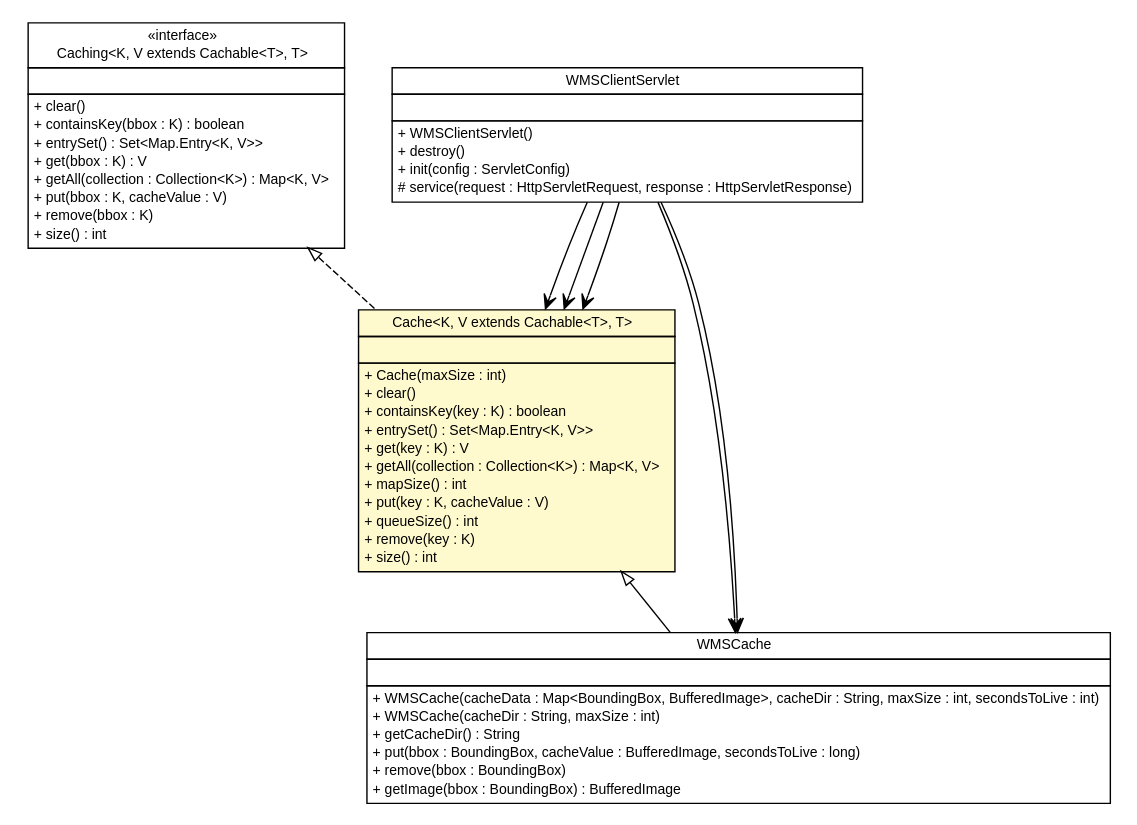
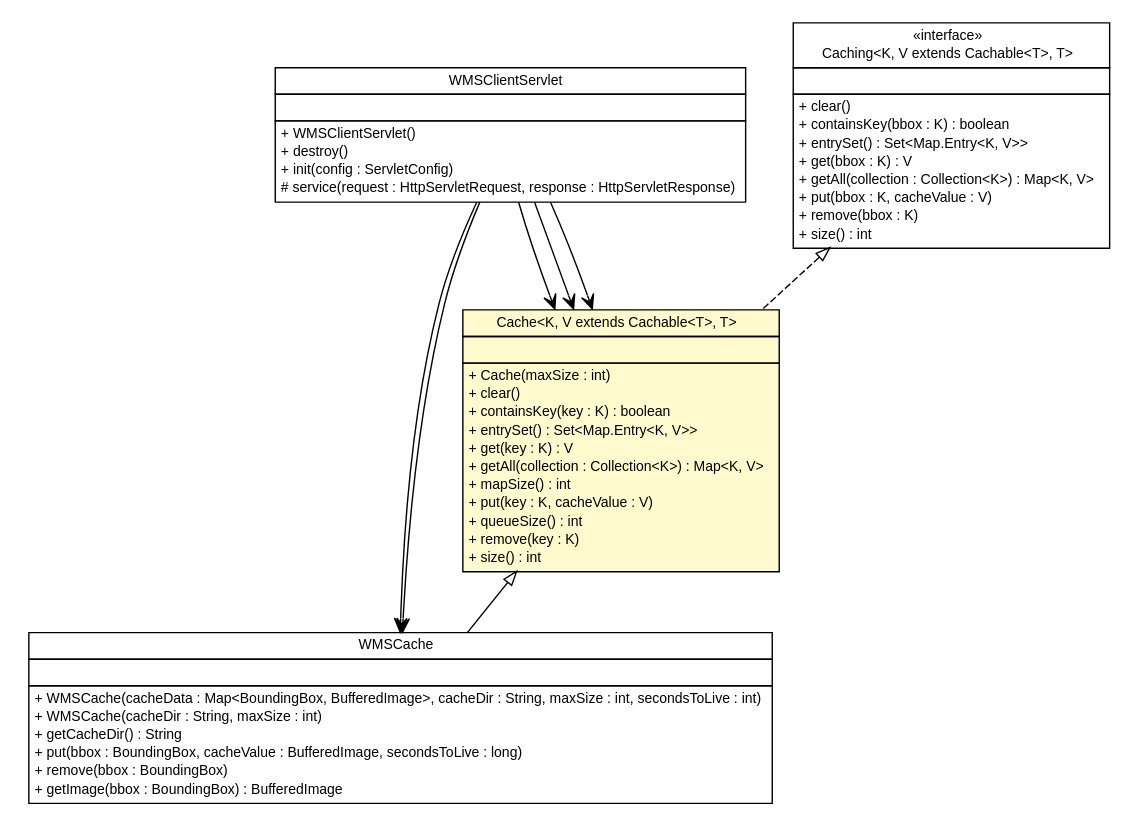
Before and after one commit to MinELenI/CBSviewer: the diagram in apidocs/nl/mineleni/cbsviewer/servlet/wms/cache/Cache.dot, drawn with Graphviz. The commit also changed 591 other files, not shown here.

```diff
--- a/apidocs/nl/mineleni/cbsviewer/servlet/wms/cache/Cache.dot
+++ b/apidocs/nl/mineleni/cbsviewer/servlet/wms/cache/Cache.dot
@@ -1,100 +1,100 @@
 #!/usr/local/bin/dot
 #
 # Class diagram 
 # Generated by UMLGraph version R5_6 (http://www.umlgraph.org/)
 #
 
 digraph G {
 	edge [fontname="arial",fontsize=10,labelfontname="arial",labelfontsize=10];
 	node [fontname="arial",fontsize=10,shape=plaintext];
 	nodesep=0.25;
 	ranksep=0.5;
+	// nl.mineleni.cbsviewer.servlet.wms.WMSClientServlet
+	c2752 [label=<<table title="nl.mineleni.cbsviewer.servlet.wms.WMSClientServlet" border="0" cellborder="1" cellspacing="0" cellpadding="2" port="p" href="../WMSClientServlet.html">
+		<tr><td><table border="0" cellspacing="0" cellpadding="1">
+<tr><td align="center" balign="center"> WMSClientServlet </td></tr>
+		</table></td></tr>
+		<tr><td><table border="0" cellspacing="0" cellpadding="1">
+<tr><td align="left" balign="left">  </td></tr>
+		</table></td></tr>
+		<tr><td><table border="0" cellspacing="0" cellpadding="1">
+<tr><td align="left" balign="left"> + WMSClientServlet() </td></tr>
+<tr><td align="left" balign="left"> + destroy() </td></tr>
+<tr><td align="left" balign="left"> + init(config : ServletConfig) </td></tr>
+<tr><td align="left" balign="left"> # service(request : HttpServletRequest, response : HttpServletResponse) </td></tr>
+		</table></td></tr>
+		</table>>, URL="../WMSClientServlet.html", fontname="arial", fontcolor="black", fontsize=10.0];
 	// nl.mineleni.cbsviewer.servlet.wms.cache.WMSCache
-	c2339 [label=<<table title="nl.mineleni.cbsviewer.servlet.wms.cache.WMSCache" border="0" cellborder="1" cellspacing="0" cellpadding="2" port="p" href="./WMSCache.html">
+	c2755 [label=<<table title="nl.mineleni.cbsviewer.servlet.wms.cache.WMSCache" border="0" cellborder="1" cellspacing="0" cellpadding="2" port="p" href="./WMSCache.html">
 		<tr><td><table border="0" cellspacing="0" cellpadding="1">
 <tr><td align="center" balign="center"> WMSCache </td></tr>
 		</table></td></tr>
 		<tr><td><table border="0" cellspacing="0" cellpadding="1">
 <tr><td align="left" balign="left">  </td></tr>
 		</table></td></tr>
 		<tr><td><table border="0" cellspacing="0" cellpadding="1">
 <tr><td align="left" balign="left"> + WMSCache(cacheData : Map&lt;BoundingBox, BufferedImage&gt;, cacheDir : String, maxSize : int, secondsToLive : int) </td></tr>
 <tr><td align="left" balign="left"> + WMSCache(cacheDir : String, maxSize : int) </td></tr>
 <tr><td align="left" balign="left"> + getCacheDir() : String </td></tr>
 <tr><td align="left" balign="left"> + put(bbox : BoundingBox, cacheValue : BufferedImage, secondsToLive : long) </td></tr>
 <tr><td align="left" balign="left"> + remove(bbox : BoundingBox) </td></tr>
 <tr><td align="left" balign="left"> + getImage(bbox : BoundingBox) : BufferedImage </td></tr>
 		</table></td></tr>
 		</table>>, URL="./WMSCache.html", fontname="arial", fontcolor="black", fontsize=10.0];
 	// nl.mineleni.cbsviewer.servlet.wms.cache.Caching<K, V extends nl.mineleni.cbsviewer.servlet.wms.cache.Cachable<T>, T>
-	c2340 [label=<<table title="nl.mineleni.cbsviewer.servlet.wms.cache.Caching" border="0" cellborder="1" cellspacing="0" cellpadding="2" port="p" href="./Caching.html">
+	c2756 [label=<<table title="nl.mineleni.cbsviewer.servlet.wms.cache.Caching" border="0" cellborder="1" cellspacing="0" cellpadding="2" port="p" href="./Caching.html">
 		<tr><td><table border="0" cellspacing="0" cellpadding="1">
 <tr><td align="center" balign="center"> &#171;interface&#187; </td></tr>
 <tr><td align="center" balign="center"> Caching&lt;K, V extends Cachable&lt;T&gt;, T&gt; </td></tr>
 		</table></td></tr>
 		<tr><td><table border="0" cellspacing="0" cellpadding="1">
 <tr><td align="left" balign="left">  </td></tr>
 		</table></td></tr>
 		<tr><td><table border="0" cellspacing="0" cellpadding="1">
 <tr><td align="left" balign="left"> + clear() </td></tr>
 <tr><td align="left" balign="left"> + containsKey(bbox : K) : boolean </td></tr>
 <tr><td align="left" balign="left"> + entrySet() : Set&lt;Map.Entry&lt;K, V&gt;&gt; </td></tr>
 <tr><td align="left" balign="left"> + get(bbox : K) : V </td></tr>
 <tr><td align="left" balign="left"> + getAll(collection : Collection&lt;K&gt;) : Map&lt;K, V&gt; </td></tr>
 <tr><td align="left" balign="left"> + put(bbox : K, cacheValue : V) </td></tr>
 <tr><td align="left" balign="left"> + remove(bbox : K) </td></tr>
 <tr><td align="left" balign="left"> + size() : int </td></tr>
 		</table></td></tr>
 		</table>>, URL="./Caching.html", fontname="arial", fontcolor="black", fontsize=10.0];
 	// nl.mineleni.cbsviewer.servlet.wms.cache.Cache<K, V extends nl.mineleni.cbsviewer.servlet.wms.cache.Cachable<T>, T>
-	c2342 [label=<<table title="nl.mineleni.cbsviewer.servlet.wms.cache.Cache" border="0" cellborder="1" cellspacing="0" cellpadding="2" port="p" bgcolor="lemonChiffon" href="./Cache.html">
+	c2758 [label=<<table title="nl.mineleni.cbsviewer.servlet.wms.cache.Cache" border="0" cellborder="1" cellspacing="0" cellpadding="2" port="p" bgcolor="lemonChiffon" href="./Cache.html">
 		<tr><td><table border="0" cellspacing="0" cellpadding="1">
 <tr><td align="center" balign="center"> Cache&lt;K, V extends Cachable&lt;T&gt;, T&gt; </td></tr>
 		</table></td></tr>
 		<tr><td><table border="0" cellspacing="0" cellpadding="1">
 <tr><td align="left" balign="left">  </td></tr>
 		</table></td></tr>
 		<tr><td><table border="0" cellspacing="0" cellpadding="1">
 <tr><td align="left" balign="left"> + Cache(maxSize : int) </td></tr>
 <tr><td align="left" balign="left"> + clear() </td></tr>
 <tr><td align="left" balign="left"> + containsKey(key : K) : boolean </td></tr>
 <tr><td align="left" balign="left"> + entrySet() : Set&lt;Map.Entry&lt;K, V&gt;&gt; </td></tr>
 <tr><td align="left" balign="left"> + get(key : K) : V </td></tr>
 <tr><td align="left" balign="left"> + getAll(collection : Collection&lt;K&gt;) : Map&lt;K, V&gt; </td></tr>
 <tr><td align="left" balign="left"> + mapSize() : int </td></tr>
 <tr><td align="left" balign="left"> + put(key : K, cacheValue : V) </td></tr>
 <tr><td align="left" balign="left"> + queueSize() : int </td></tr>
 <tr><td align="left" balign="left"> + remove(key : K) </td></tr>
 <tr><td align="left" balign="left"> + size() : int </td></tr>
 		</table></td></tr>
 		</table>>, URL="./Cache.html", fontname="arial", fontcolor="black", fontsize=10.0];
-	// nl.mineleni.cbsviewer.servlet.wms.WMSClientServlet
-	c2347 [label=<<table title="nl.mineleni.cbsviewer.servlet.wms.WMSClientServlet" border="0" cellborder="1" cellspacing="0" cellpadding="2" port="p" href="../WMSClientServlet.html">
-		<tr><td><table border="0" cellspacing="0" cellpadding="1">
-<tr><td align="center" balign="center"> WMSClientServlet </td></tr>
-		</table></td></tr>
-		<tr><td><table border="0" cellspacing="0" cellpadding="1">
-<tr><td align="left" balign="left">  </td></tr>
-		</table></td></tr>
-		<tr><td><table border="0" cellspacing="0" cellpadding="1">
-<tr><td align="left" balign="left"> + WMSClientServlet() </td></tr>
-<tr><td align="left" balign="left"> + destroy() </td></tr>
-<tr><td align="left" balign="left"> + init(config : ServletConfig) </td></tr>
-<tr><td align="left" balign="left"> # service(request : HttpServletRequest, response : HttpServletResponse) </td></tr>
-		</table></td></tr>
-		</table>>, URL="../WMSClientServlet.html", fontname="arial", fontcolor="black", fontsize=10.0];
 	//nl.mineleni.cbsviewer.servlet.wms.cache.WMSCache extends nl.mineleni.cbsviewer.servlet.wms.cache.Cache<org.opengis.geometry.BoundingBox, nl.mineleni.cbsviewer.servlet.wms.cache.CacheImage, java.awt.image.BufferedImage>
-	c2342:p -> c2339:p [dir=back,arrowtail=empty];
+	c2758:p -> c2755:p [dir=back,arrowtail=empty];
 	//nl.mineleni.cbsviewer.servlet.wms.cache.Cache<K, V extends nl.mineleni.cbsviewer.servlet.wms.cache.Cachable<T>, T> implements nl.mineleni.cbsviewer.servlet.wms.cache.Caching<K, V extends nl.mineleni.cbsviewer.servlet.wms.cache.Cachable<T>, T>
-	c2340:p -> c2342:p [dir=back,arrowtail=empty,style=dashed];
+	c2756:p -> c2758:p [dir=back,arrowtail=empty,style=dashed];
 	// nl.mineleni.cbsviewer.servlet.wms.WMSClientServlet NAVASSOC nl.mineleni.cbsviewer.servlet.wms.cache.Cache<K, V extends nl.mineleni.cbsviewer.servlet.wms.cache.Cachable<T>, T>
-	c2347:p -> c2342:p [taillabel="", label="", headlabel="", fontname="arial", fontcolor="black", fontsize=10.0, color="black", arrowhead=open];
+	c2752:p -> c2758:p [taillabel="", label="", headlabel="", fontname="arial", fontcolor="black", fontsize=10.0, color="black", arrowhead=open];
 	// nl.mineleni.cbsviewer.servlet.wms.WMSClientServlet NAVASSOC nl.mineleni.cbsviewer.servlet.wms.cache.Cache<K, V extends nl.mineleni.cbsviewer.servlet.wms.cache.Cachable<T>, T>
-	c2347:p -> c2342:p [taillabel="", label="", headlabel="", fontname="arial", fontcolor="black", fontsize=10.0, color="black", arrowhead=open];
+	c2752:p -> c2758:p [taillabel="", label="", headlabel="", fontname="arial", fontcolor="black", fontsize=10.0, color="black", arrowhead=open];
 	// nl.mineleni.cbsviewer.servlet.wms.WMSClientServlet NAVASSOC nl.mineleni.cbsviewer.servlet.wms.cache.Cache<K, V extends nl.mineleni.cbsviewer.servlet.wms.cache.Cachable<T>, T>
-	c2347:p -> c2342:p [taillabel="", label="", headlabel="", fontname="arial", fontcolor="black", fontsize=10.0, color="black", arrowhead=open];
+	c2752:p -> c2758:p [taillabel="", label="", headlabel="", fontname="arial", fontcolor="black", fontsize=10.0, color="black", arrowhead=open];
 	// nl.mineleni.cbsviewer.servlet.wms.WMSClientServlet NAVASSOC nl.mineleni.cbsviewer.servlet.wms.cache.WMSCache
-	c2347:p -> c2339:p [taillabel="", label="", headlabel="", fontname="arial", fontcolor="black", fontsize=10.0, color="black", arrowhead=open];
+	c2752:p -> c2755:p [taillabel="", label="", headlabel="", fontname="arial", fontcolor="black", fontsize=10.0, color="black", arrowhead=open];
 	// nl.mineleni.cbsviewer.servlet.wms.WMSClientServlet NAVASSOC nl.mineleni.cbsviewer.servlet.wms.cache.WMSCache
-	c2347:p -> c2339:p [taillabel="", label="", headlabel="", fontname="arial", fontcolor="black", fontsize=10.0, color="black", arrowhead=open];
+	c2752:p -> c2755:p [taillabel="", label="", headlabel="", fontname="arial", fontcolor="black", fontsize=10.0, color="black", arrowhead=open];
 }
```
